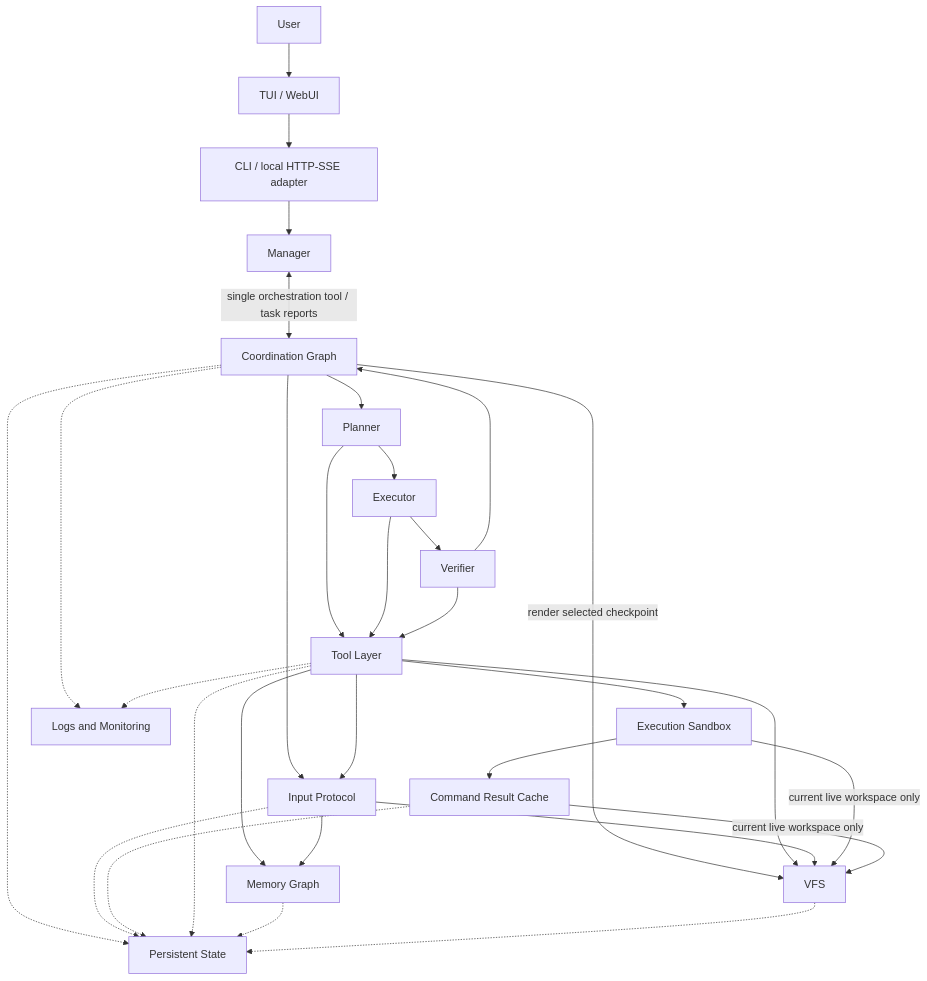
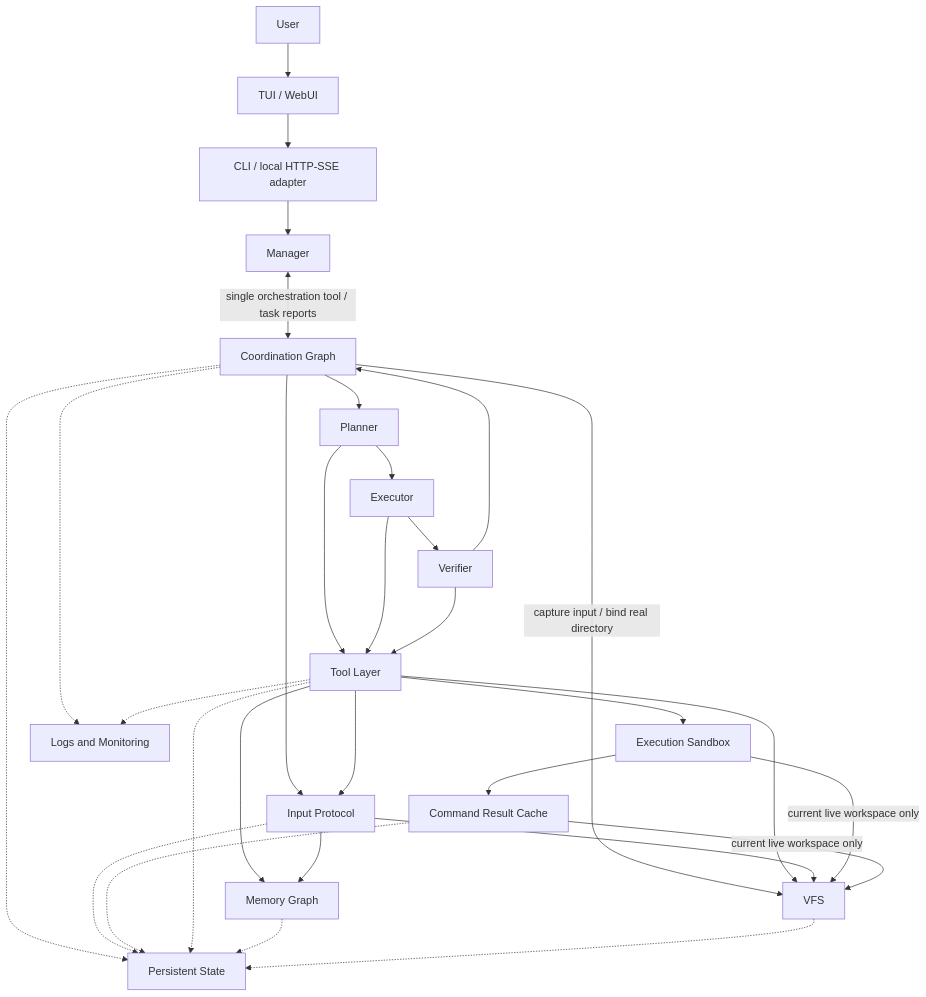
Before and after one commit to KDZZZZZZ/threadmill: the diagram in docs/architecture-governance.md, drawn with Mermaid. The commit also changed other lines of this file and 66 other files, not shown here.

````diff
--- a/docs/architecture-governance.md
+++ b/docs/architecture-governance.md
@@ -7,37 +7,37 @@
 ```mermaid
 flowchart TD
     U[User] --> UI[TUI / WebUI]
     UI --> ADAPTER[CLI / local HTTP-SSE adapter]
     ADAPTER --> M[Manager]
     M <-->|single orchestration tool / task reports| G[Coordination Graph]
 
     G --> P[Planner]
     P --> E[Executor]
     E --> V[Verifier]
     V --> G
     G --> I[Input Protocol]
-    G -->|render selected checkpoint| VFS[VFS]
+    G -->|capture input / bind real directory| VFS[VFS]
 
     P --> T[Tool Layer]
     E --> T
     V --> T
     T --> I
     T --> MEM[Memory Graph]
     T --> VFS
     I --> VFS
     I --> MEM
     T --> EXEC[Execution Sandbox]
     EXEC -->|current live workspace only| VFS
     EXEC --> CACHE[Command Result Cache]
     CACHE -->|current live workspace only| VFS
 
     G -.-> STATE[Persistent State]
     I -.-> STATE
     CACHE -.-> STATE
     T -.-> STATE
     MEM -.-> STATE
     VFS -.-> STATE
 
     G -.-> OBS[Logs and Monitoring]
     T -.-> OBS
 ```
````
